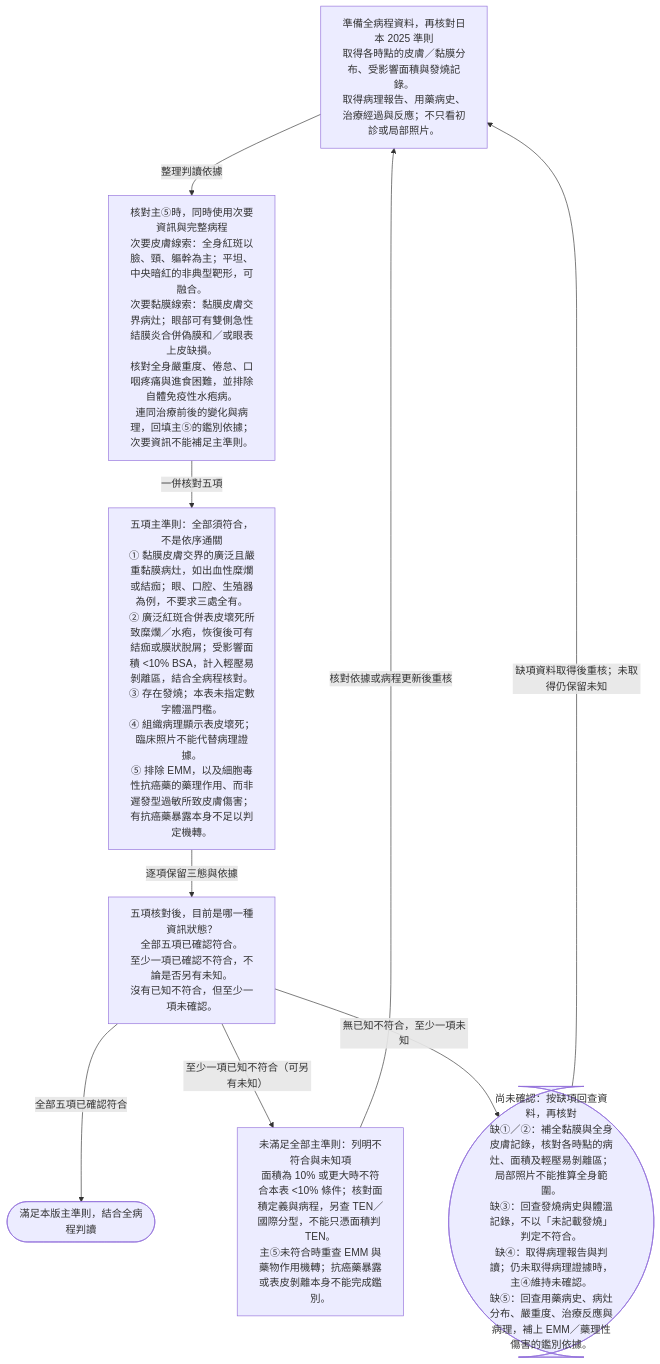
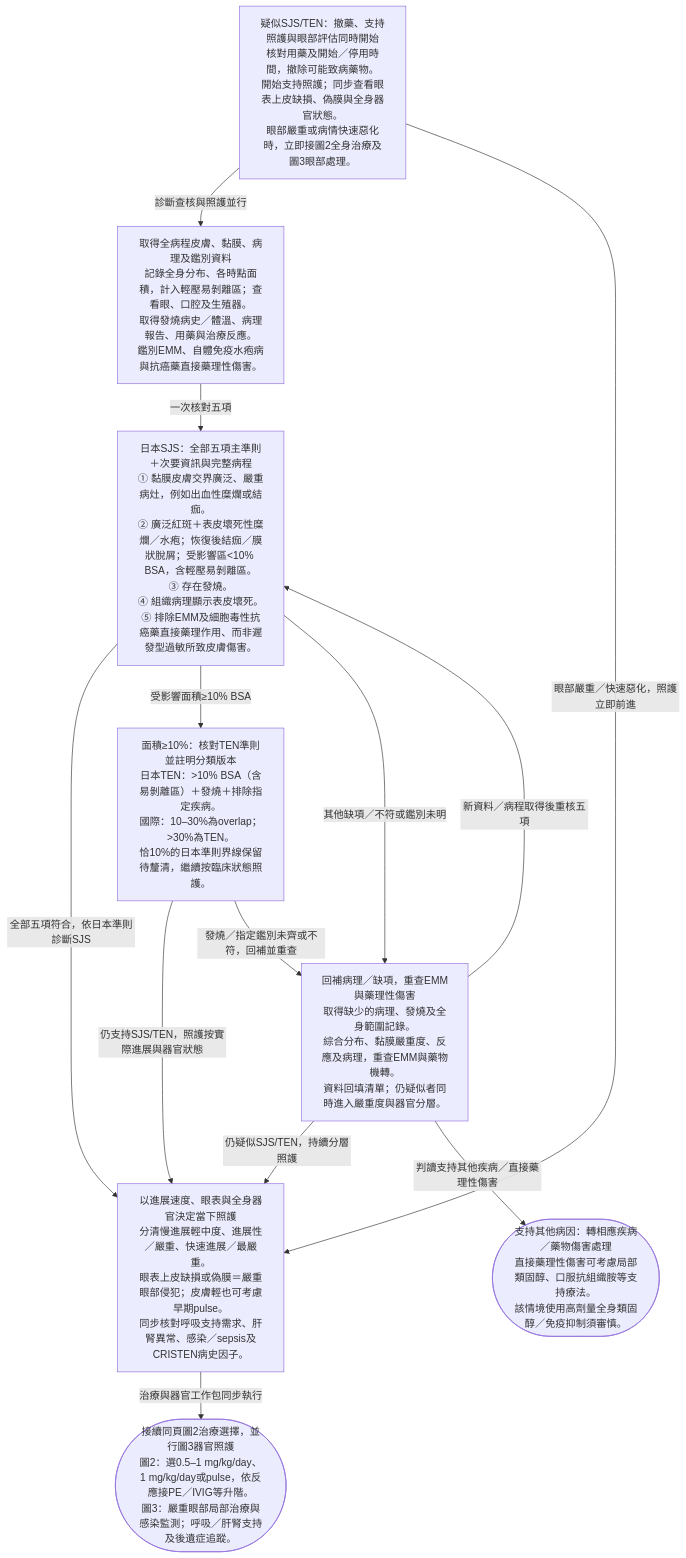
One commit to RoyARVSA/Medwiki changed the diagram in assets/figures/flows/japanese-sjs-criteria.mmd. Above: the diagram before and after it, drawn with Mermaid. The commit also changed 70 other files, not shown here.

```diff
--- a/assets/figures/flows/japanese-sjs-criteria.mmd
+++ b/assets/figures/flows/japanese-sjs-criteria.mmd
@@ -1,16 +1,21 @@
 flowchart TD
-  n0["準備全病程資料，再核對日本 2025 準則#10;取得各時點的皮膚／黏膜分布、受影響面積與發燒記錄。#10;取得病理報告、用藥病史、治療經過與反應；不只看初診或局部照片。"]
-  n1["核對主⑤時，同時使用次要資訊與完整病程#10;次要皮膚線索：全身紅斑以臉、頸、軀幹為主；平坦、中央暗紅的非典型靶形，可融合。#10;次要黏膜線索：黏膜皮膚交界病灶；眼部可有雙側急性結膜炎合併偽膜和／或眼表上皮缺損。#10;核對全身嚴重度、倦怠、口咽疼痛與進食困難，並排除自體免疫性水疱病。#10;連同治療前後的變化與病理，回填主⑤的鑑別依據；次要資訊不能補足主準則。"]
-  n2["五項主準則：全部須符合，不是依序通關#10;① 黏膜皮膚交界的廣泛且嚴重黏膜病灶，如出血性糜爛或結痂；眼、口腔、生殖器為例，不要求三處全有。#10;② 廣泛紅斑合併表皮壞死所致糜爛／水疱，恢復後可有結痂或膜狀脫屑；受影響面積 #60;10% BSA，計入輕壓易剝離區，結合全病程核對。#10;③ 存在發燒；本表未指定數字體溫門檻。#10;④ 組織病理顯示表皮壞死；臨床照片不能代替病理證據。#10;⑤ 排除 EMM，以及細胞毒性抗癌藥的藥理作用、而非遲發型過敏所致皮膚傷害；有抗癌藥暴露本身不足以判定機轉。"]
-  n3["五項核對後，目前是哪一種資訊狀態？#10;全部五項已確認符合。#10;至少一項已確認不符合，不論是否另有未知。#10;沒有已知不符合，但至少一項未確認。"]
-  n4(["滿足本版主準則，結合全病程判讀"])
-  n5["未滿足全部主準則：列明不符合與未知項#10;面積為 10% 或更大時不符合本表 #60;10% 條件；核對面積定義與病程，另查 TEN／國際分型，不能只憑面積判 TEN。#10;主⑤未符合時重查 EMM 與藥物作用機轉；抗癌藥暴露或表皮剝離本身不能完成鑑別。"]
-  n6(["尚未確認：按缺項回查資料，再核對#10;缺①／②：補全黏膜與全身皮膚記錄，核對各時點的病灶、面積及輕壓易剝離區；局部照片不能推算全身範圍。#10;缺③：回查發燒病史與體溫記錄，不以「未記載發燒」判定不符合。#10;缺④：取得病理報告與判讀；仍未取得病理證據時，主④維持未確認。#10;缺⑤：回查用藥病史、病灶分布、嚴重度、治療反應與病理，補上 EMM／藥理性傷害的鑑別依據。"])
-  n0 -->|"整理判讀依據"| n1
-  n1 -->|"一併核對五項"| n2
-  n2 -->|"逐項保留三態與依據"| n3
-  n3 -->|"全部五項已確認符合"| n4
-  n3 -->|"至少一項已知不符合（可另有未知）"| n5
-  n3 -->|"無已知不符合，至少一項未知"| n6
-  n5 -->|"核對依據或病程更新後重核"| n0
-  n6 -->|"缺項資料取得後重核；未取得仍保留未知"| n0
+  n0["疑似SJS/TEN：撤藥、支持照護與眼部評估同時開始#10;核對用藥及開始／停用時間，撤除可能致病藥物。#10;開始支持照護；同步查看眼表上皮缺損、偽膜與全身器官狀態。#10;眼部嚴重或病情快速惡化時，立即接圖2全身治療及圖3眼部處理。"]
+  n1["取得全病程皮膚、黏膜、病理及鑑別資料#10;記錄全身分布、各時點面積，計入輕壓易剝離區；查看眼、口腔及生殖器。#10;取得發燒病史／體溫、病理報告、用藥與治療反應。#10;鑑別EMM、自體免疫水疱病與抗癌藥直接藥理性傷害。"]
+  n2["日本SJS：全部五項主準則＋次要資訊與完整病程#10;① 黏膜皮膚交界廣泛、嚴重病灶，例如出血性糜爛或結痂。#10;② 廣泛紅斑＋表皮壞死性糜爛／水疱；恢復後結痂／膜狀脫屑；受影響區#60;10% BSA，含輕壓易剝離區。#10;③ 存在發燒。#10;④ 組織病理顯示表皮壞死。#10;⑤ 排除EMM及細胞毒性抗癌藥直接藥理作用、而非遲發型過敏所致皮膚傷害。"]
+  n3["面積≥10%：核對TEN準則並註明分類版本#10;日本TEN：#62;10% BSA（含易剝離區）＋發燒＋排除指定疾病。#10;國際：10–30%為overlap；#62;30%為TEN。#10;恰10%的日本準則界線保留待釐清，繼續按臨床狀態照護。"]
+  n4["回補病理／缺項，重查EMM與藥理性傷害#10;取得缺少的病理、發燒及全身範圍記錄。#10;綜合分布、黏膜嚴重度、反應及病理，重查EMM與藥物機轉。#10;資料回填清單；仍疑似者同時進入嚴重度與器官分層。"]
+  n5(["支持其他病因：轉相應疾病／藥物傷害處理#10;直接藥理性傷害可考慮局部類固醇、口服抗組織胺等支持療法。#10;該情境使用高劑量全身類固醇／免疫抑制須審慎。"])
+  n6["以進展速度、眼表與全身器官決定當下照護#10;分清慢進展輕中度、進展性／嚴重、快速進展／最嚴重。#10;眼表上皮缺損或偽膜＝嚴重眼部侵犯；皮膚輕也可考慮早期pulse。#10;同步核對呼吸支持需求、肝腎異常、感染／sepsis及CRISTEN病史因子。"]
+  n7(["接續同頁圖2治療選擇，並行圖3器官照護#10;圖2：選0.5–1 mg/kg/day、1 mg/kg/day或pulse，依反應接PE／IVIG等升階。#10;圖3：嚴重眼部局部治療與感染監測；呼吸／肝腎支持及後遺症追蹤。"])
+  n0 -->|"診斷查核與照護並行"| n1
+  n0 -->|"眼部嚴重／快速惡化，照護立即前進"| n6
+  n1 -->|"一次核對五項"| n2
+  n2 -->|"全部五項符合，依日本準則診斷SJS"| n6
+  n2 -->|"受影響面積≥10% BSA"| n3
+  n2 -->|"其他缺項／不符或鑑別未明"| n4
+  n3 -->|"仍支持SJS/TEN，照護按實際進展與器官狀態"| n6
+  n3 -->|"發燒／指定鑑別未齊或不符，回補並重查"| n4
+  n4 -->|"新資料／病程取得後重核五項"| n2
+  n4 -->|"仍疑似SJS/TEN，持續分層照護"| n6
+  n4 -->|"判讀支持其他疾病／直接藥理性傷害"| n5
+  n6 -->|"治療與器官工作包同步執行"| n7
```
